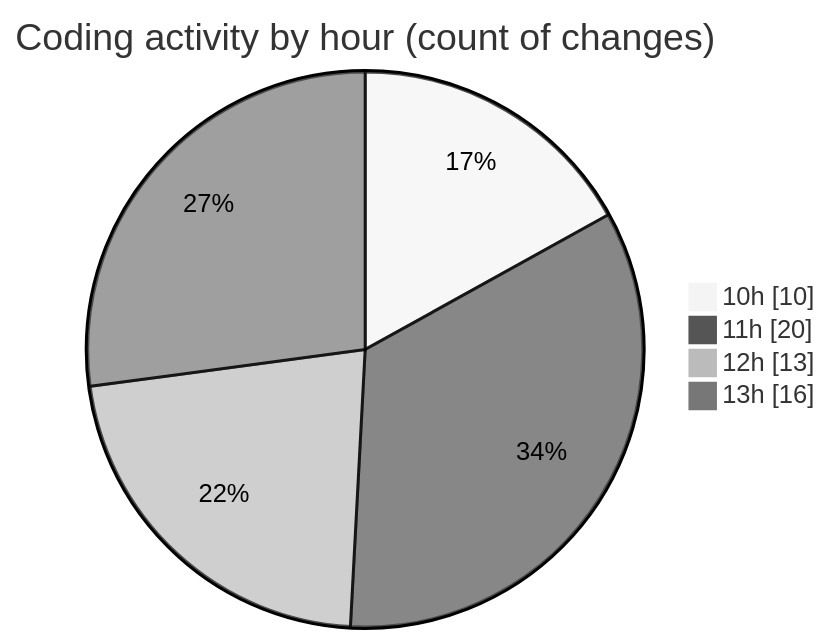
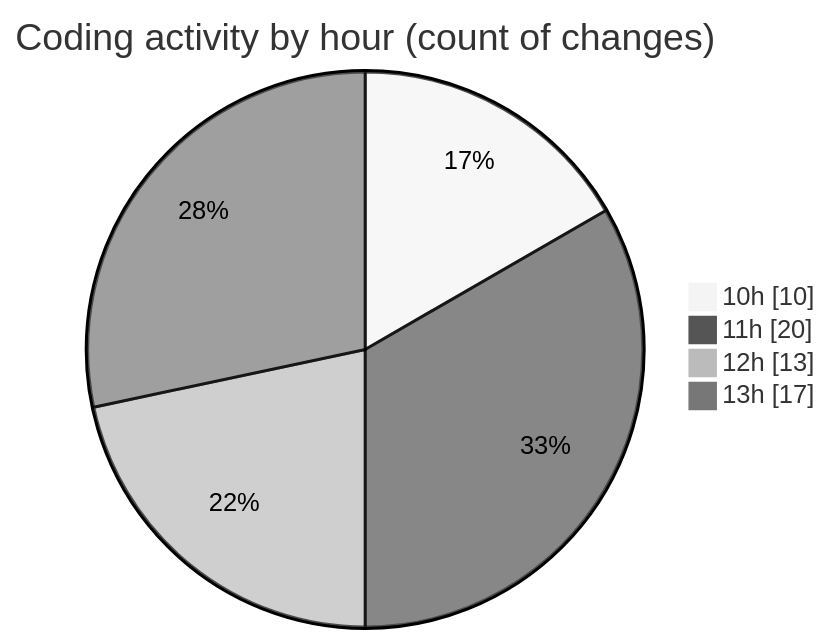
Before and after one commit to BS-eng2023/code-tracking: the second of 2 diagrams in 2025-03-31/jsvms/README.md, drawn with Mermaid (neutral theme). The commit also changed other lines of this file and 1 other file, not shown here.

````diff
--- a/2025-03-31/jsvms/README.md
+++ b/2025-03-31/jsvms/README.md
@@ -49,8 +49,8 @@
 ```mermaid
 pie showData
 title Coding activity by hour (count of changes)
 "10h" : 10
 "11h" : 20
 "12h" : 13
-"13h" : 16
+"13h" : 17
 ```
````
